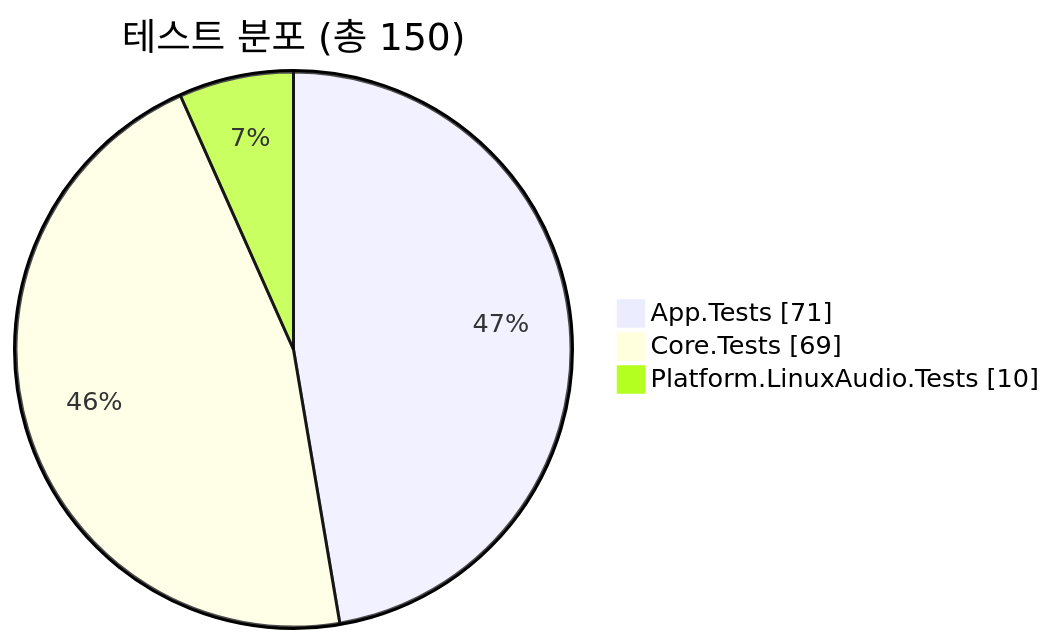
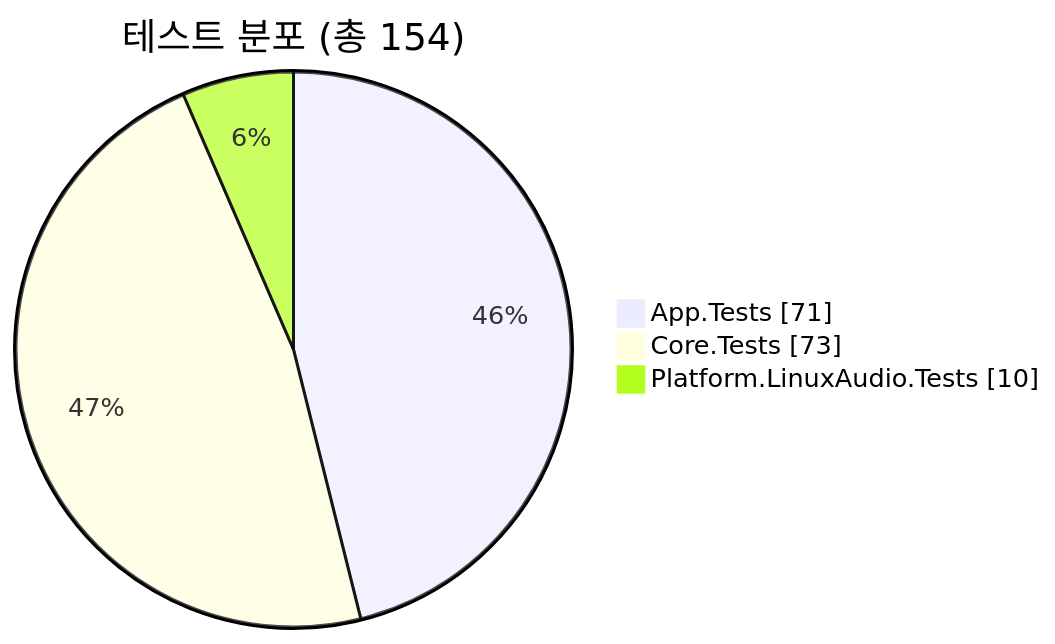
The fourth of 4 diagrams in README.md (Jae-hong-5/tg-dotnet), drawn with Mermaid before and after one commit. The commit also changed other lines of this file and 1 other file, not shown here.

Commit message:
test: add detector+metrics behavioral scenarios
- Rate error direction (fast/slow watches read opposite signs; clean ~0).
- Injected beat error shows larger than a clean stream.
- Manual BPH that mismatches the signal never falsely syncs.
- Time-based sync-loss watchdog drops Synced after sustained silence.
- Update README test count to 154.

````diff
--- a/README.md
+++ b/README.md
@@ -176,7 +176,7 @@
 ```mermaid
 pie showData
-    title 테스트 분포 (총 150)
+    title 테스트 분포 (총 154)
     "App.Tests" : 71
-    "Core.Tests" : 69
+    "Core.Tests" : 73
     "Platform.LinuxAudio.Tests" : 10
 ```
````
